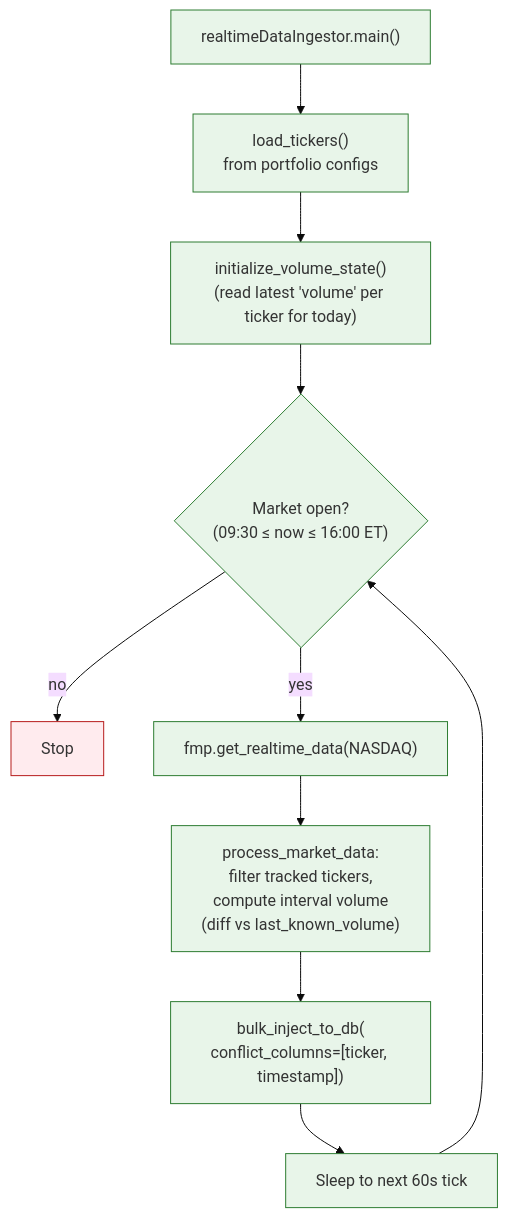
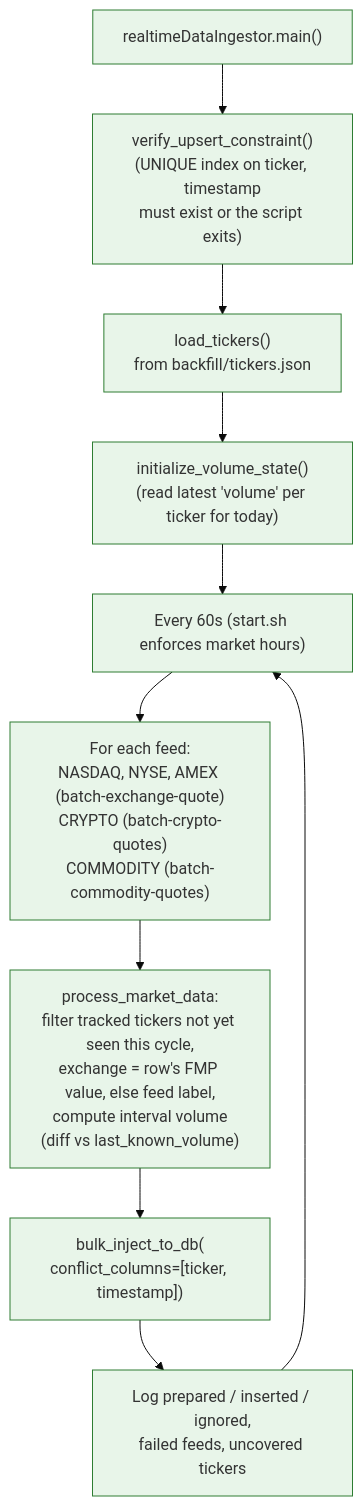
One commit to MUNQuantSociety/MQSMaster changed the fifth of 6 diagrams in docs/workflows/data-pipeline.md. Above: the diagram before and after it, drawn with Mermaid (base theme). The commit also changed other lines of this file and 5 other files, not shown here.

````diff
--- a/docs/workflows/data-pipeline.md
+++ b/docs/workflows/data-pipeline.md
@@ -162,17 +162,15 @@
 ```mermaid
 flowchart TD
-    START["realtimeDataIngestor.main()"] --> LOAD["load_tickers()<br/>from portfolio configs"]
+    START["realtimeDataIngestor.main()"] --> VERIFY["verify_upsert_constraint()<br/>(UNIQUE index on ticker, timestamp<br/>must exist or the script exits)"]
+    VERIFY --> LOAD["load_tickers()<br/>from backfill/tickers.json"]
     LOAD --> INIT["initialize_volume_state()<br/>(read latest 'volume' per ticker for today)"]
-    INIT --> LOOP{"Market open?<br/>(09:30 ≤ now ≤ 16:00 ET)"}
-    LOOP -->|"no"| STOP["Stop"]
-    LOOP -->|"yes"| FETCH["fmp.get_realtime_data(NASDAQ)"]
-    FETCH --> PROCESS["process_market_data:<br/>filter tracked tickers,<br/>compute interval volume<br/>(diff vs last_known_volume)"]
+    INIT --> LOOP["Every 60s (start.sh enforces market hours)"]
+    LOOP --> FEEDS["For each feed:<br/>NASDAQ, NYSE, AMEX (batch-exchange-quote)<br/>CRYPTO (batch-crypto-quotes)<br/>COMMODITY (batch-commodity-quotes)"]
+    FEEDS --> PROCESS["process_market_data:<br/>filter tracked tickers not yet seen this cycle,<br/>exchange = row's FMP value, else feed label,<br/>compute interval volume<br/>(diff vs last_known_volume)"]
     PROCESS --> INSERT["bulk_inject_to_db(<br/>conflict_columns=[ticker, timestamp])"]
-    INSERT --> SLEEP["Sleep to next 60s tick"]
-    SLEEP --> LOOP
+    INSERT --> REPORT["Log prepared / inserted / ignored,<br/>failed feeds, uncovered tickers"]
+    REPORT --> LOOP
 
     classDef rti fill:#e8f5e9,stroke:#2e7d32
-    classDef stop fill:#ffebee,stroke:#b71c1c
-    class START,LOAD,INIT,LOOP,FETCH,PROCESS,INSERT,SLEEP rti
-    class STOP stop
+    class START,VERIFY,LOAD,INIT,LOOP,FEEDS,PROCESS,INSERT,REPORT rti
 ```
````
